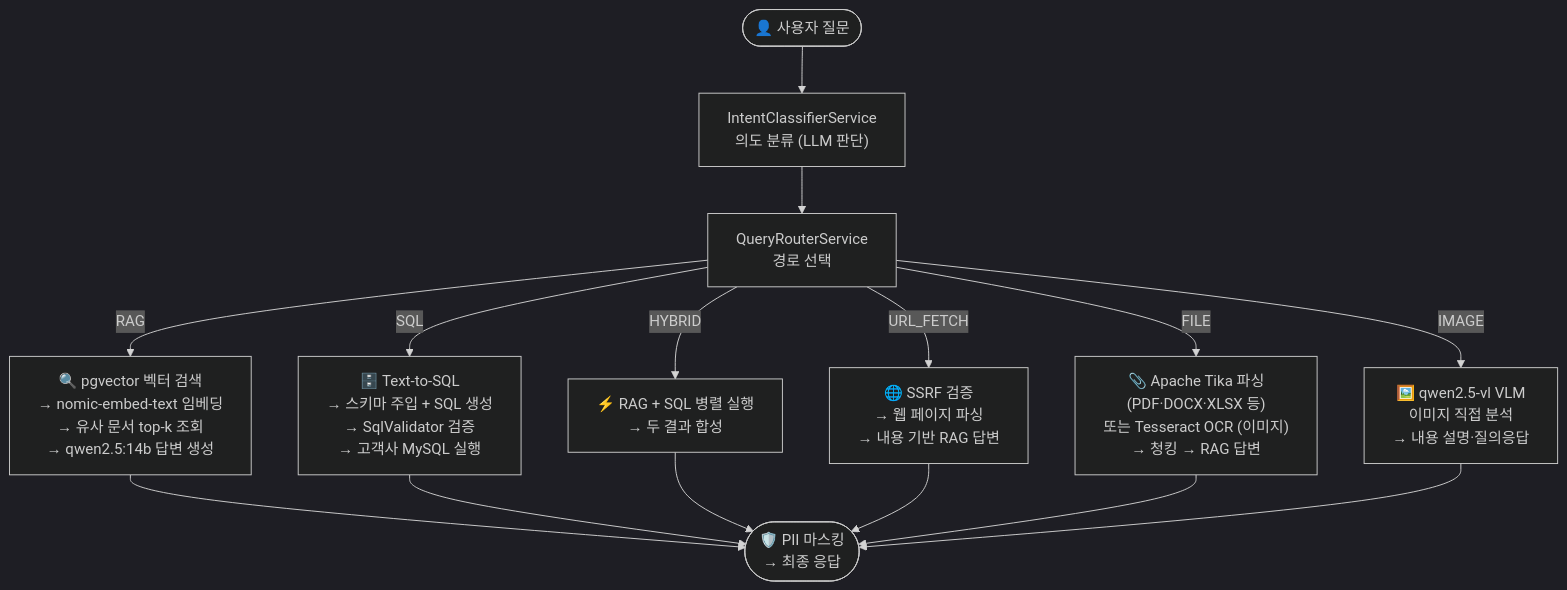
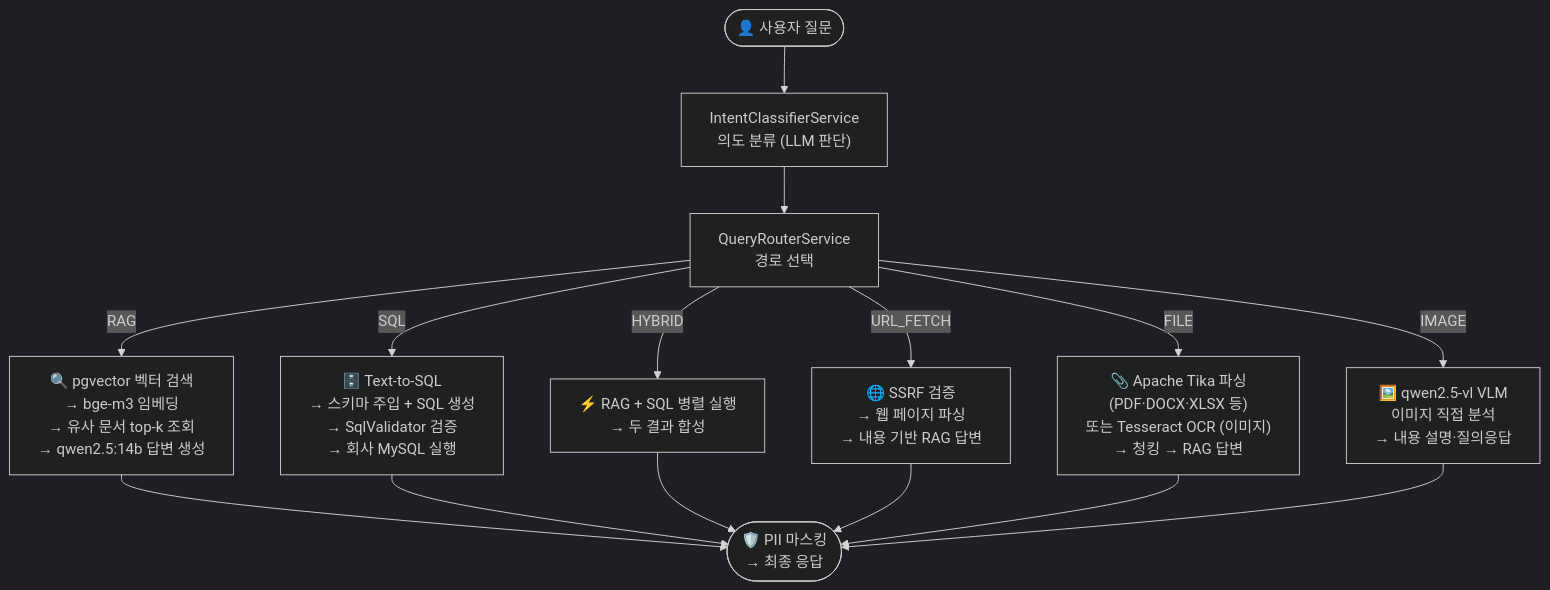
One commit to nittre/ragvault changed the first of 9 diagrams in README.md. Above: the diagram before and after it, drawn with Mermaid (dark theme). The commit also changed other lines of this file and 32 other files, not shown here.

````diff
--- a/README.md
+++ b/README.md
@@ -104,22 +83,22 @@
 ```mermaid
 flowchart TD
     U(["👤 사용자 질문"])
     IC["IntentClassifierService\n의도 분류 (LLM 판단)"]
     QR["QueryRouterService\n경로 선택"]
 
     U --> IC --> QR
 
-    QR -->|RAG| R["🔍 pgvector 벡터 검색\n→ nomic-embed-text 임베딩\n→ 유사 문서 top-k 조회\n→ qwen2.5:14b 답변 생성"]
-    QR -->|SQL| S["🗄️ Text-to-SQL\n→ 스키마 주입 + SQL 생성\n→ SqlValidator 검증\n→ 고객사 MySQL 실행"]
+    QR -->|RAG| R["🔍 pgvector 벡터 검색\n→ bge-m3 임베딩\n→ 유사 문서 top-k 조회\n→ qwen2.5:14b 답변 생성"]
+    QR -->|SQL| S["🗄️ Text-to-SQL\n→ 스키마 주입 + SQL 생성\n→ SqlValidator 검증\n→ 회사 MySQL 실행"]
     QR -->|HYBRID| H["⚡ RAG + SQL 병렬 실행\n→ 두 결과 합성"]
     QR -->|URL_FETCH| UF["🌐 SSRF 검증\n→ 웹 페이지 파싱\n→ 내용 기반 RAG 답변"]
     QR -->|FILE| F["📎 Apache Tika 파싱\n(PDF·DOCX·XLSX 등)\n또는 Tesseract OCR (이미지)\n→ 청킹 → RAG 답변"]
     QR -->|IMAGE| I["🖼️ qwen2.5-vl VLM\n이미지 직접 분석\n→ 내용 설명·질의응답"]
 
     R --> P(["🛡️ PII 마스킹\n→ 최종 응답"])
     S --> P
     H --> P
     UF --> P
     F --> P
     I --> P
 ```
````
